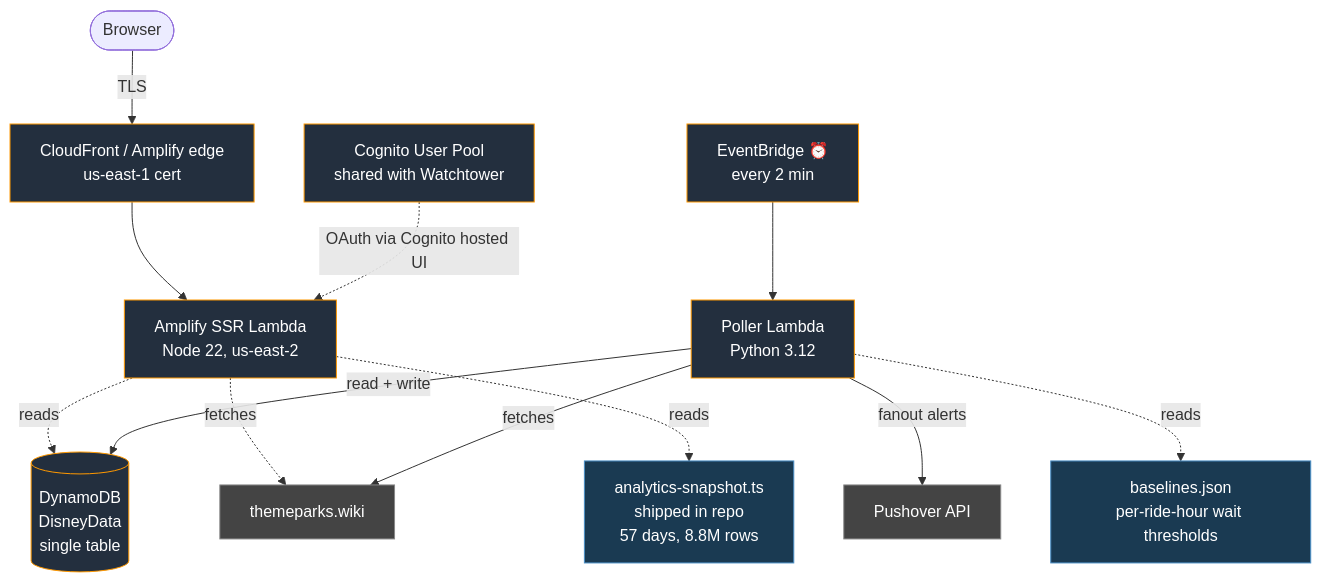
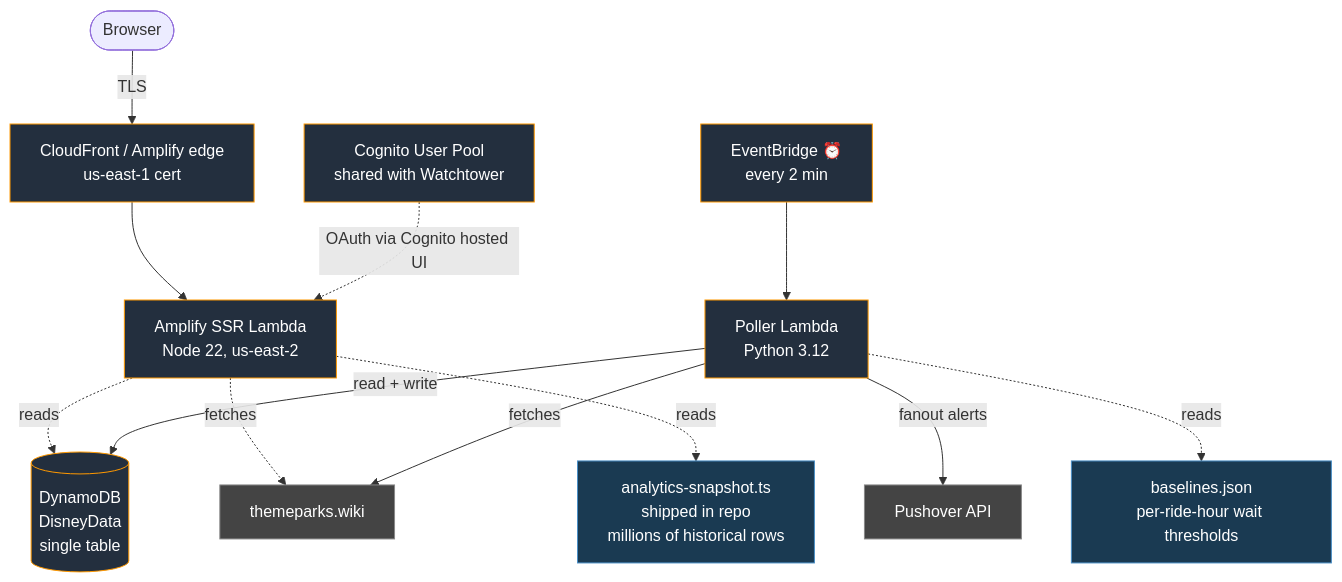
The diagram in README.md (illinigirl/MagicMonitor), drawn with Mermaid before and after one commit. The commit also changed other lines of this file and 2 other files, not shown here.

````diff
--- a/README.md
+++ b/README.md
@@ -47,23 +47,23 @@
 ```mermaid
 flowchart TD
     Browser([Browser]) -->|TLS| CF[CloudFront / Amplify edge<br/>us-east-1 cert]
     CF --> SSR[Amplify SSR Lambda<br/>Node 22, us-east-2]
     SSR -.->|reads| DDB[(DynamoDB<br/>DisneyData<br/>single table)]
     SSR -.->|fetches| TPW[themeparks.wiki]
     Cog[Cognito User Pool<br/>shared with Watchtower] -.->|OAuth via Cognito hosted UI| SSR
 
     EB[EventBridge ⏰<br/>every 2 min] --> Poll[Poller Lambda<br/>Python 3.12]
     Poll -->|fetches| TPW
     Poll -->|read + write| DDB
     Poll -->|fanout alerts| PO[Pushover API]
 
-    SSR -.reads.-> Snapshot[analytics-snapshot.ts<br/>shipped in repo<br/>57 days, 8.8M rows]
+    SSR -.reads.-> Snapshot[analytics-snapshot.ts<br/>shipped in repo<br/>millions of historical rows]
     Poll -.reads.-> Baselines[baselines.json<br/>per-ride-hour wait thresholds]
 
     classDef aws fill:#232f3e,stroke:#ff9900,color:#fff
     classDef ext fill:#444,stroke:#888,color:#fff
     classDef data fill:#1a3a52,stroke:#4a8fc7,color:#fff
     class CF,SSR,EB,Poll,Cog,DDB aws
     class TPW,PO ext
     class Snapshot,Baselines data
 ```
````
